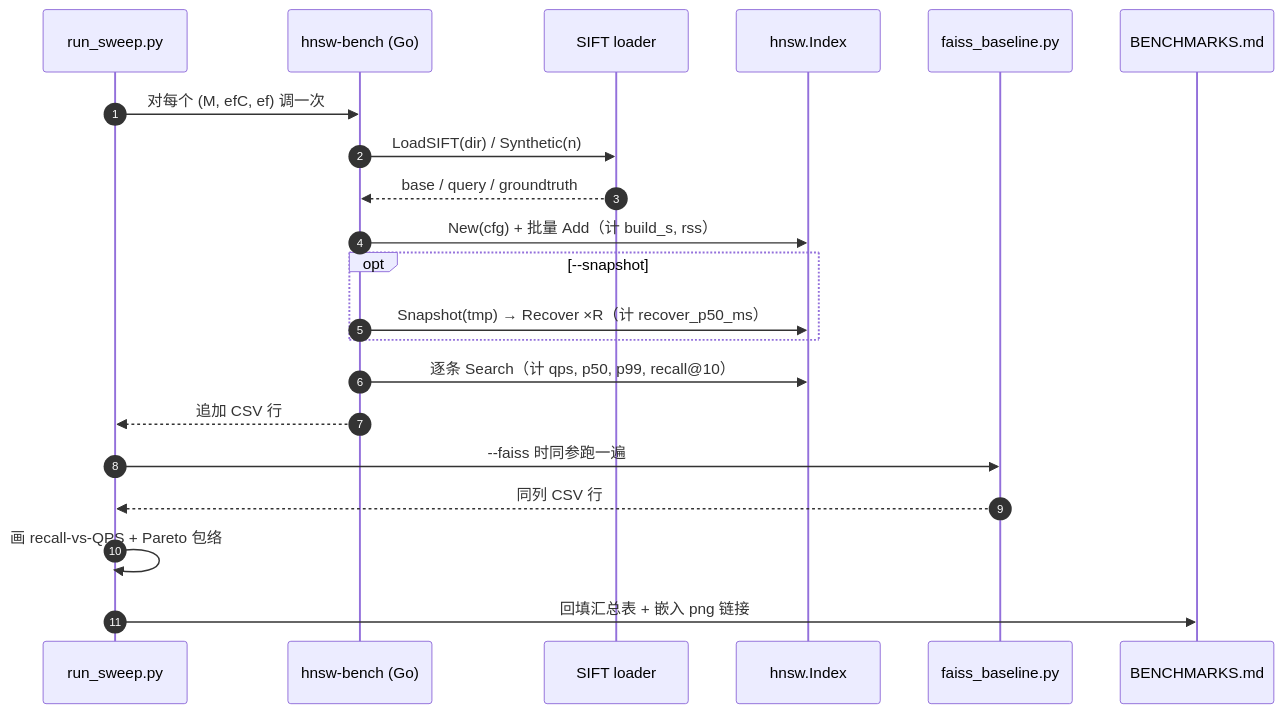
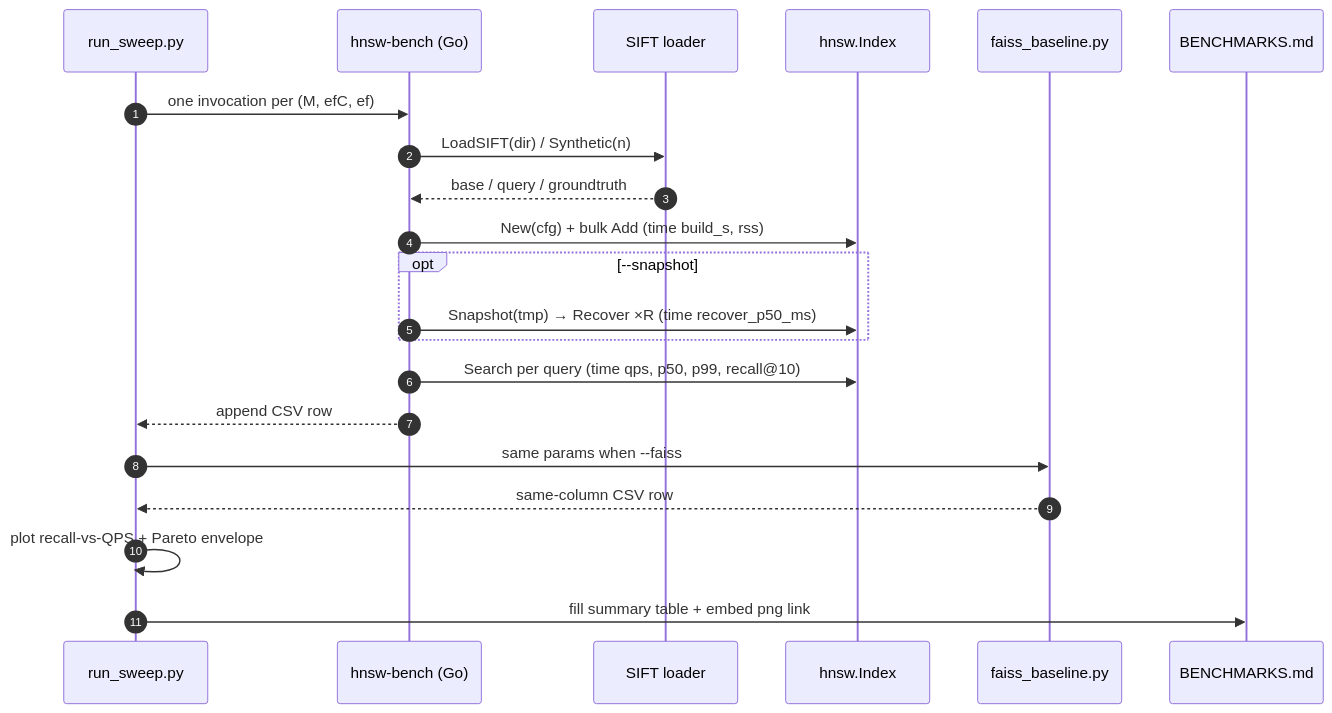
Before and after one commit to AndyUneducated/repo-sage: the second of 2 diagrams in docs/plans/phase-4-hnsw-v2.md, drawn with Mermaid. The commit also changed other lines of this file and 14 other files, not shown here.

````diff
--- a/docs/plans/phase-4-hnsw-v2.md
+++ b/docs/plans/phase-4-hnsw-v2.md
@@ -199,24 +199,24 @@
 ```mermaid
 sequenceDiagram
   autonumber
   participant Sweep as run_sweep.py
   participant Bench as hnsw-bench (Go)
   participant DS as SIFT loader
   participant IX as hnsw.Index
   participant Faiss as faiss_baseline.py
   participant Docs as BENCHMARKS.md
 
-  Sweep->>Bench: 对每个 (M, efC, ef) 调一次
+  Sweep->>Bench: one invocation per (M, efC, ef)
   Bench->>DS: LoadSIFT(dir) / Synthetic(n)
   DS-->>Bench: base / query / groundtruth
-  Bench->>IX: New(cfg) + 批量 Add（计 build_s, rss）
+  Bench->>IX: New(cfg) + bulk Add (time build_s, rss)
   opt --snapshot
-    Bench->>IX: Snapshot(tmp) → Recover ×R（计 recover_p50_ms）
+    Bench->>IX: Snapshot(tmp) → Recover ×R (time recover_p50_ms)
   end
-  Bench->>IX: 逐条 Search（计 qps, p50, p99, recall@10）
-  Bench-->>Sweep: 追加 CSV 行
-  Sweep->>Faiss: --faiss 时同参跑一遍
-  Faiss-->>Sweep: 同列 CSV 行
-  Sweep->>Sweep: 画 recall-vs-QPS + Pareto 包络
-  Sweep->>Docs: 回填汇总表 + 嵌入 png 链接
+  Bench->>IX: Search per query (time qps, p50, p99, recall@10)
+  Bench-->>Sweep: append CSV row
+  Sweep->>Faiss: same params when --faiss
+  Faiss-->>Sweep: same-column CSV row
+  Sweep->>Sweep: plot recall-vs-QPS + Pareto envelope
+  Sweep->>Docs: fill summary table + embed png link
 ```
````
